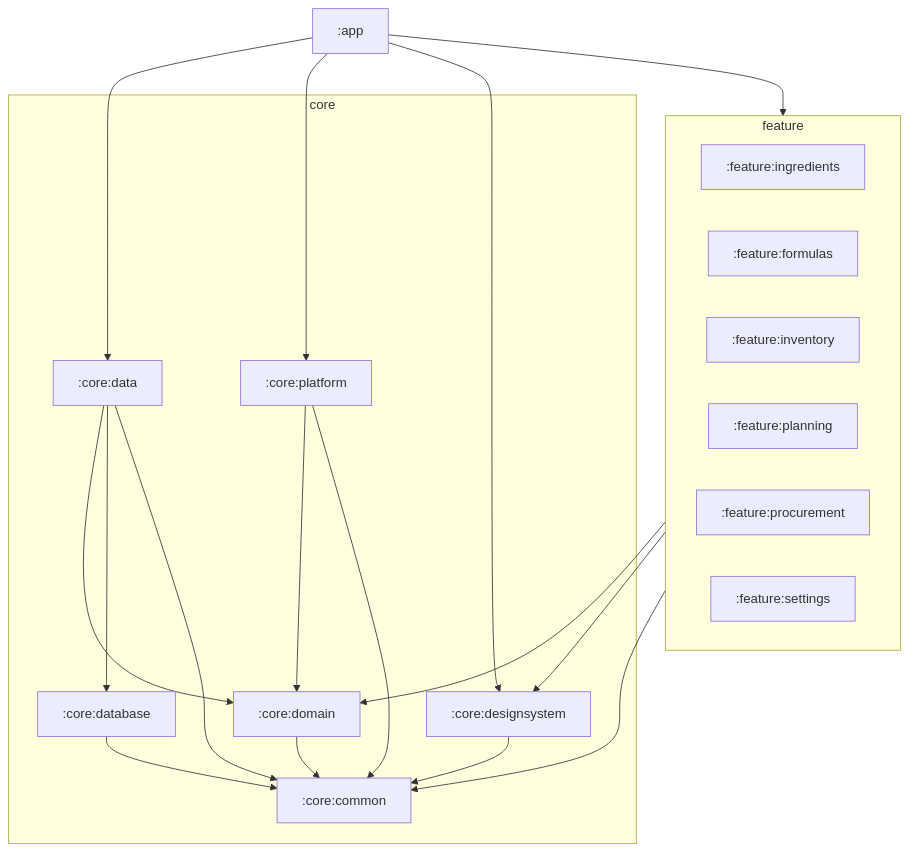
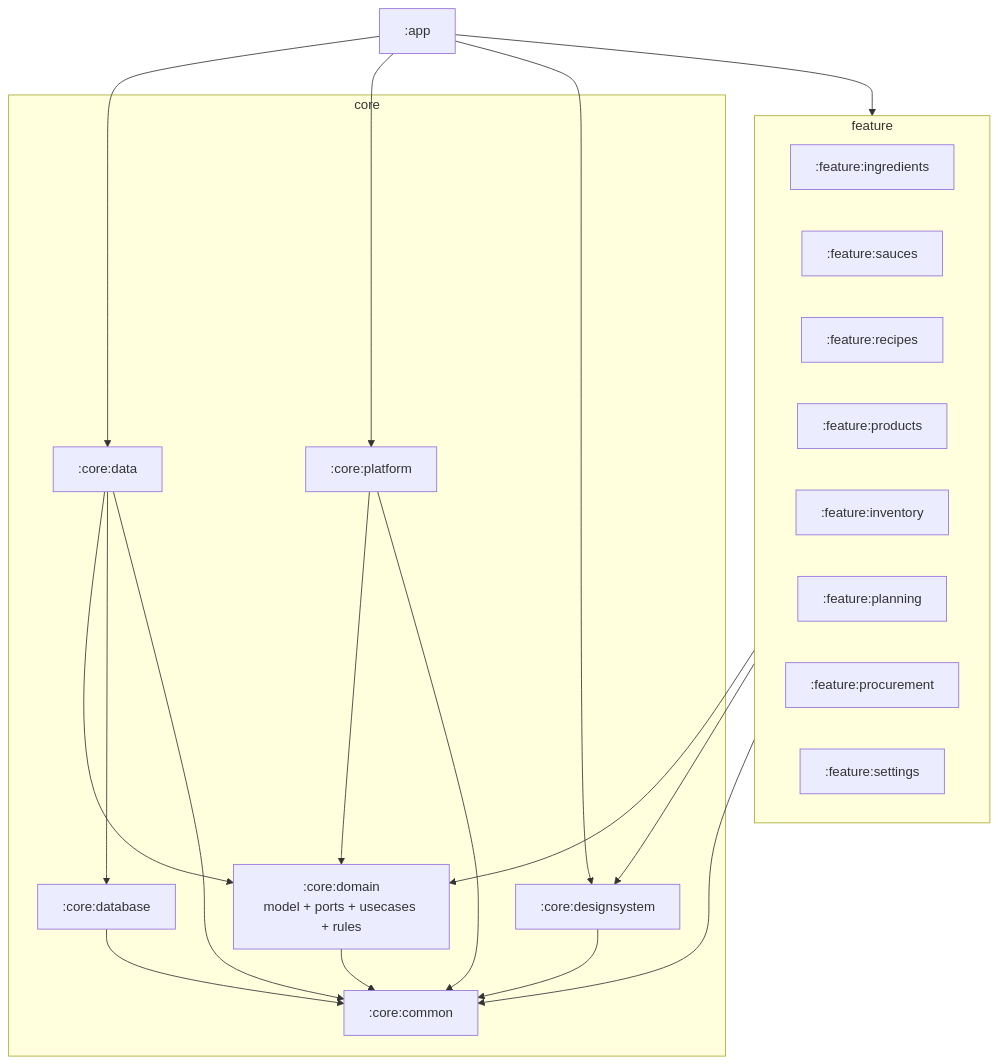
One commit to Warwick-Dobromir/MISEBASE changed the diagram in docs/02-architecture/A03A-MODULE-DECOMPOSITION-REVIEW.md. Above: the diagram before and after it, drawn with Mermaid. The commit also changed other lines of this file and 14 other files, not shown here.

Commit message:
docs(architecture): revise to 15 modules and harden backup design

````diff
--- a/docs/02-architecture/A03A-MODULE-DECOMPOSITION-REVIEW.md
+++ b/docs/02-architecture/A03A-MODULE-DECOMPOSITION-REVIEW.md
@@ -133,35 +69,37 @@
 ```mermaid
 flowchart TB
   APP[":app"]
   subgraph CORE["core"]
     COMMON[":core:common"]
-    DOMAIN[":core:domain"]
+    DOMAIN[":core:domain<br/>model + ports + usecases + rules"]
     DB[":core:database"]
     DATA[":core:data"]
     DS[":core:designsystem"]
     PLAT[":core:platform"]
   end
   subgraph FEATURES["feature"]
     FI[":feature:ingredients"]
-    FF[":feature:formulas"]
+    FS[":feature:sauces"]
+    FR[":feature:recipes"]
+    FP[":feature:products"]
     FIN[":feature:inventory"]
     FPL[":feature:planning"]
     FPR[":feature:procurement"]
     FSET[":feature:settings"]
   end
   APP --> FEATURES
   APP --> DATA
   APP --> PLAT
   APP --> DS
   FEATURES --> DOMAIN
   FEATURES --> DS
   FEATURES --> COMMON
   DOMAIN --> COMMON
   DATA --> DOMAIN
   DATA --> DB
   DATA --> COMMON
   DB --> COMMON
   PLAT --> DOMAIN
   PLAT --> COMMON
   DS --> COMMON
 ```
````
